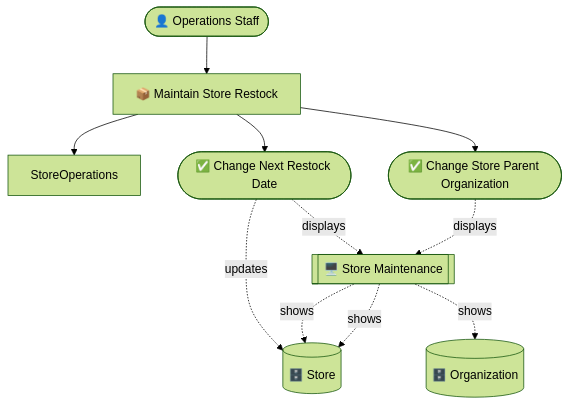
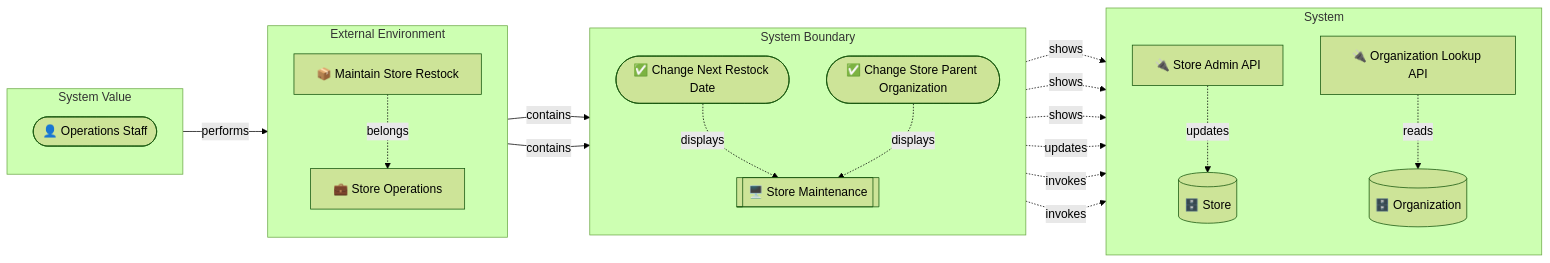
Before and after one commit to manji-0/rdra-ish-dsl: the first of 3 diagrams in samples/incremental-order/step-3-interaction-boundary/design.md, drawn with Mermaid (forest theme). The commit also changed other lines of this file and 122 other files, not shown here.

Commit message:
feat: align diagram layers

````diff
--- a/samples/incremental-order/step-3-interaction-boundary/design.md
+++ b/samples/incremental-order/step-3-interaction-boundary/design.md
@@ -48,20 +48,39 @@
 ```mermaid
-graph TD
-  OpsStaff(["👤 Operations Staff"])
-  ChangeNextRestockDate(["✅ Change Next Restock Date"])
-  ChangeStoreParentOrganization(["✅ Change Store Parent Organization"])
-  BucStoreRestock["📦 Maintain Store Restock"]
-  Organization[("🗄️ Organization")]
-  Store[("🗄️ Store")]
-  StoreMaintenanceScreen[["🖥️ Store Maintenance"]]
-  OpsStaff --> BucStoreRestock
-  BucStoreRestock --> StoreOperations
-  BucStoreRestock --> ChangeNextRestockDate
-  BucStoreRestock --> ChangeStoreParentOrganization
+flowchart LR
+  subgraph layer_value[System Value]
+    direction TB
+    OpsStaff(["👤 Operations Staff"])
+  end
+  subgraph layer_environment[External Environment]
+    direction TB
+    StoreOperations["💼 Store Operations"]
+    BucStoreRestock["📦 Maintain Store Restock"]
+  end
+  subgraph layer_boundary[System Boundary]
+    direction TB
+    ChangeNextRestockDate(["✅ Change Next Restock Date"])
+    ChangeStoreParentOrganization(["✅ Change Store Parent Organization"])
+    StoreMaintenanceScreen[["🖥️ Store Maintenance"]]
+  end
+  subgraph layer_system[System]
+    direction TB
+    OrganizationLookupApi["🔌 Organization Lookup API"]
+    StoreAdminApi["🔌 Store Admin API"]
+    Organization[("🗄️ Organization")]
+    Store[("🗄️ Store")]
+  end
+  OpsStaff -->|performs| BucStoreRestock
+  StoreAdminApi -.->|updates| Store
+  OrganizationLookupApi -.->|reads| Organization
+  BucStoreRestock -.->|belongs| StoreOperations
+  BucStoreRestock -->|contains| ChangeNextRestockDate
+  BucStoreRestock -->|contains| ChangeStoreParentOrganization
   StoreMaintenanceScreen -.->|shows| Store
   StoreMaintenanceScreen -.->|shows| Store
   StoreMaintenanceScreen -.->|shows| Organization
+  ChangeNextRestockDate -.->|displays| StoreMaintenanceScreen
   ChangeNextRestockDate -.->|updates| Store
-  ChangeNextRestockDate -.->|displays| StoreMaintenanceScreen
   ChangeStoreParentOrganization -.->|displays| StoreMaintenanceScreen
+  ChangeStoreParentOrganization -.->|invokes| StoreAdminApi
+  ChangeStoreParentOrganization -.->|invokes| OrganizationLookupApi
 ```
````
